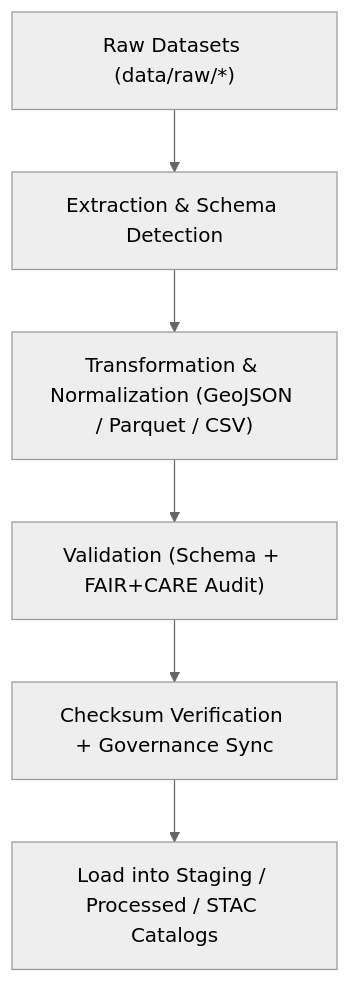
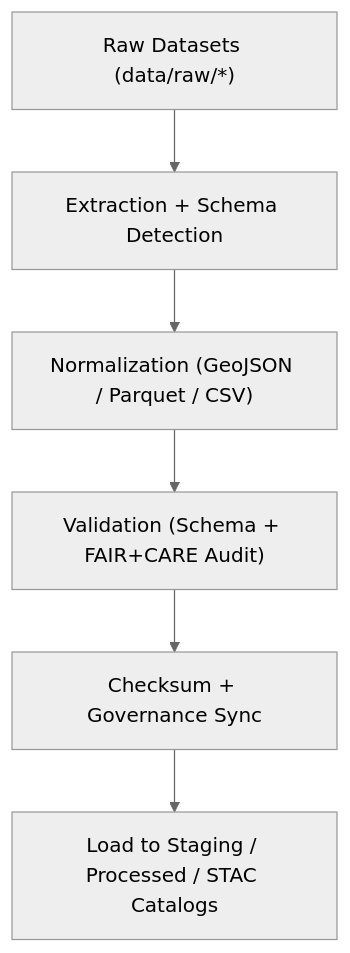
One commit to bartytime4life/Kansas-Frontier-Matrix changed the diagram in src/pipelines/etl/README.md. Above: the diagram before and after it, drawn with Mermaid (neutral theme). The commit also changed other lines of this file, not shown here.

````diff
--- a/src/pipelines/etl/README.md
+++ b/src/pipelines/etl/README.md
@@ -69,8 +71,8 @@
 ```mermaid
 flowchart TD
-    A["Raw Datasets (data/raw/*)"] --> B["Extraction & Schema Detection"]
-    B --> C["Transformation & Normalization (GeoJSON / Parquet / CSV)"]
-    C --> D["Validation (Schema + FAIR+CARE Audit)"]
-    D --> E["Checksum Verification + Governance Sync"]
-    E --> F["Load into Staging / Processed / STAC Catalogs"]
+A["Raw Datasets (data/raw/*)"] --> B["Extraction + Schema Detection"]
+B --> C["Normalization (GeoJSON / Parquet / CSV)"]
+C --> D["Validation (Schema + FAIR+CARE Audit)"]
+D --> E["Checksum + Governance Sync"]
+E --> F["Load to Staging / Processed / STAC Catalogs"]
 ```
````
